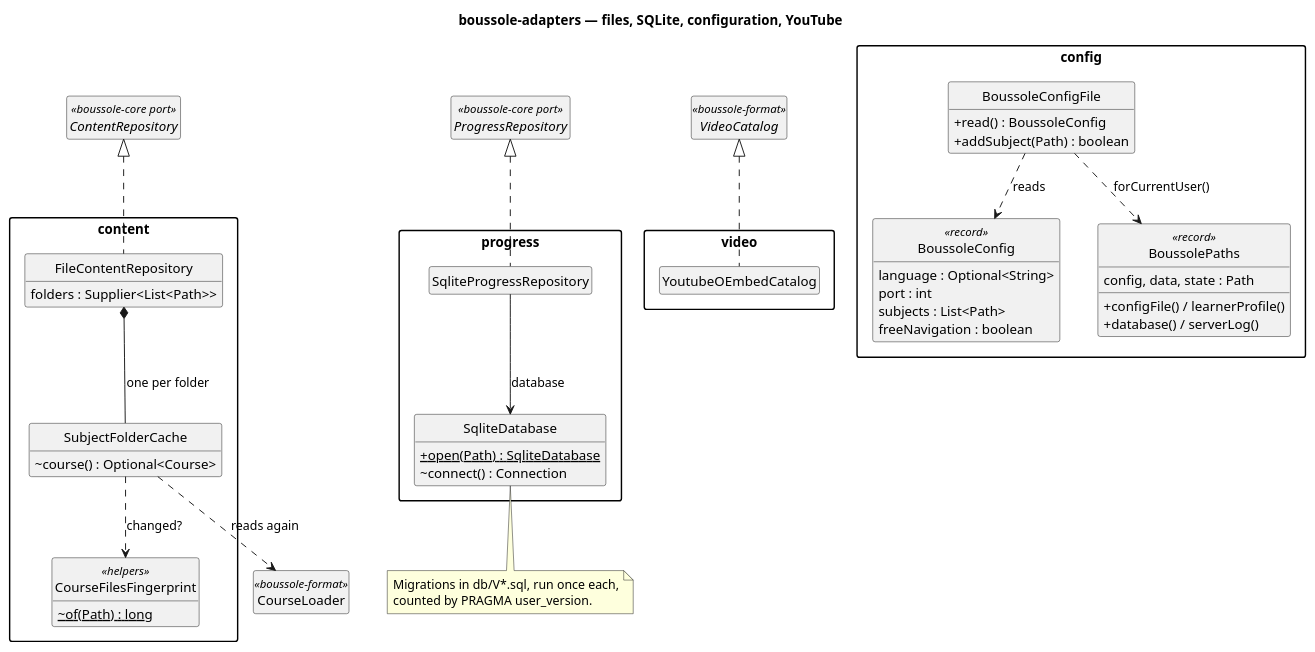
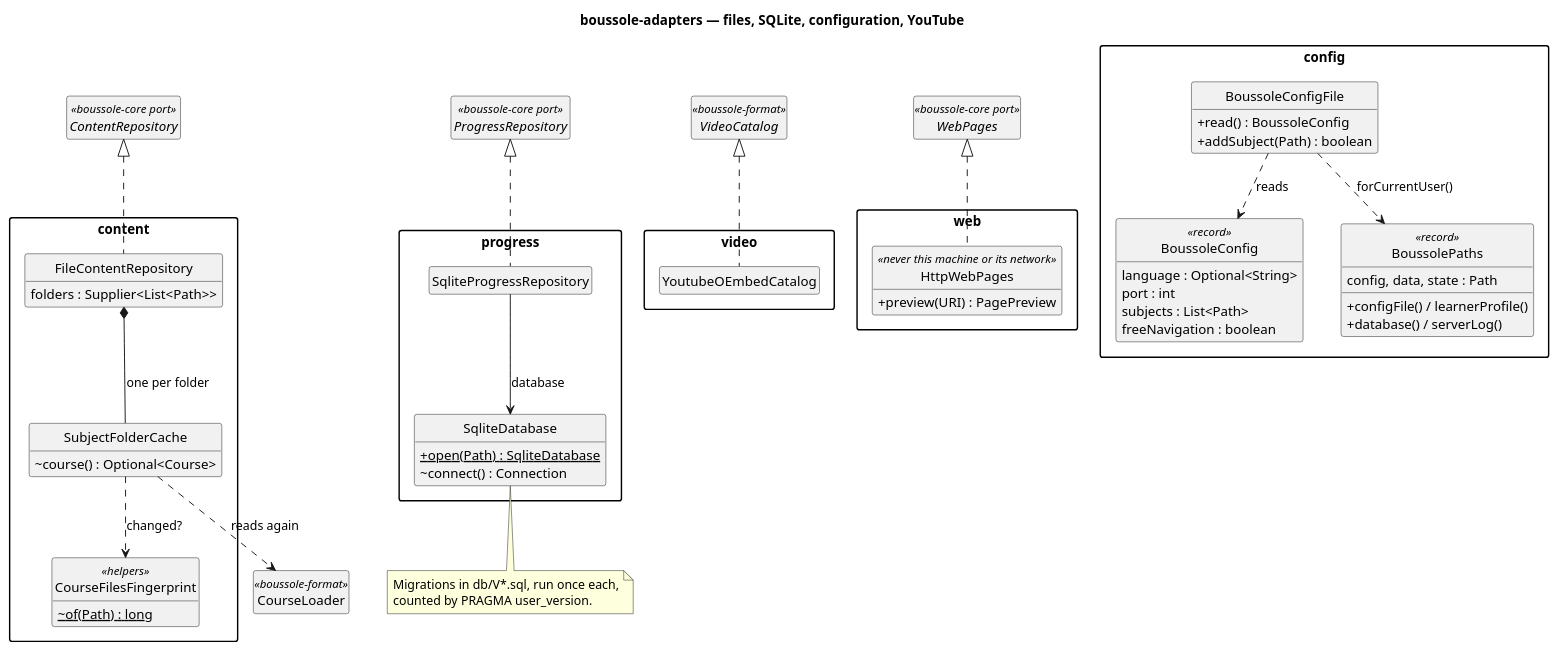
One commit to lucasssoh/Boussole changed the diagram in docs/diagrams/60-adapters.puml. Above: the diagram before and after it, drawn with PlantUML. The commit also changed 46 other files, not shown here.

First line of the commit message:
Format : ::link and :link cite a web page, shown beside the text when its site allows it, else opened in a tab

```diff
--- a/docs/diagrams/60-adapters.puml
+++ b/docs/diagrams/60-adapters.puml
@@ -1,71 +1,79 @@
 @startuml 60-adapters
 skinparam packageStyle rectangle
 skinparam classAttributeIconSize 0
 skinparam nodesep 40
 skinparam ranksep 50
 hide empty members
 hide circle
 title boussole-adapters — files, SQLite, configuration, YouTube
 
 package "content" {
   class FileContentRepository {
     folders : Supplier<List<Path>>
   }
   class SubjectFolderCache {
     ~course() : Optional<Course>
   }
   class CourseFilesFingerprint <<helpers>> {
     ~{static} of(Path) : long
   }
 }
 
 package "progress" {
   class SqliteProgressRepository
   class SqliteDatabase {
     +{static} open(Path) : SqliteDatabase
     ~connect() : Connection
   }
 }
 
 package "config" {
   class BoussoleConfigFile {
     +read() : BoussoleConfig
     +addSubject(Path) : boolean
   }
   class BoussoleConfig <<record>> {
     language : Optional<String>
     port : int
     subjects : List<Path>
     freeNavigation : boolean
   }
   class BoussolePaths <<record>> {
     config, data, state : Path
     +configFile() / learnerProfile()
     +database() / serverLog()
   }
 }
 
 package "video" {
   class YoutubeOEmbedCatalog
 }
 
+package "web" {
+  class HttpWebPages <<never this machine or its network>> {
+    +preview(URI) : PagePreview
+  }
+}
+
 interface ContentRepository <<boussole-core port>>
 interface ProgressRepository <<boussole-core port>>
 interface VideoCatalog <<boussole-format>>
+interface WebPages <<boussole-core port>>
 class CourseLoader <<boussole-format>>
 
 ContentRepository <|.. FileContentRepository
+WebPages <|.. HttpWebPages
 FileContentRepository *-- SubjectFolderCache : one per folder
 SubjectFolderCache ..> CourseFilesFingerprint : changed?
 SubjectFolderCache ..> CourseLoader : reads again
 ProgressRepository <|.. SqliteProgressRepository
 SqliteProgressRepository --> SqliteDatabase : database
 VideoCatalog <|.. YoutubeOEmbedCatalog
 BoussoleConfigFile ..> BoussoleConfig : reads
 BoussoleConfigFile ..> BoussolePaths : forCurrentUser()
 
 note bottom of SqliteDatabase
   Migrations in db/V*.sql, run once each,
   counted by PRAGMA user_version.
 end note
 @enduml
```
